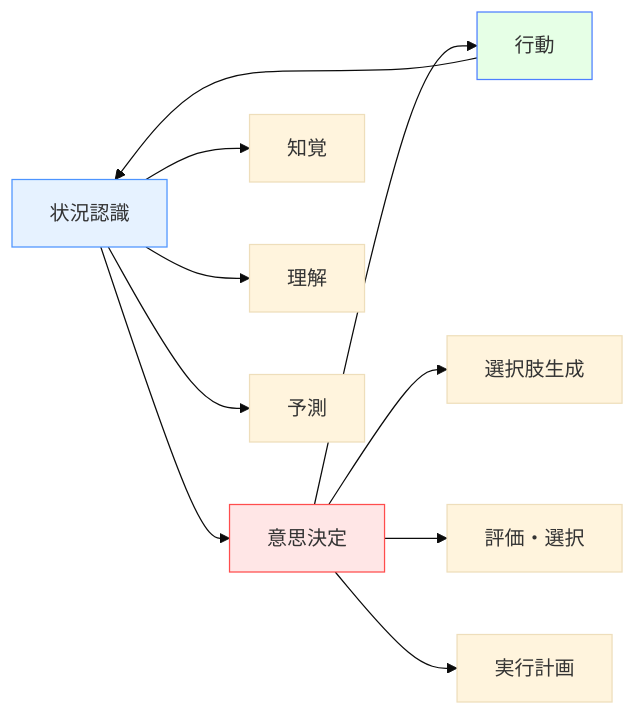
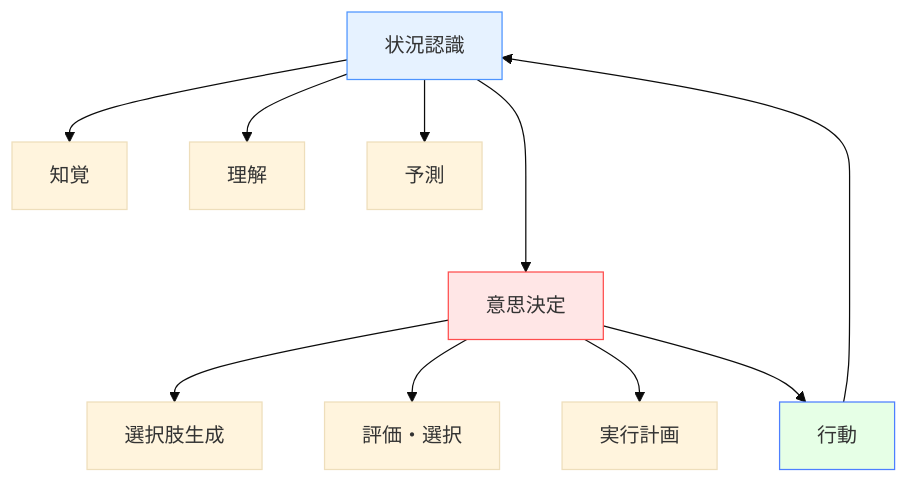
One commit to shuji-bonji/Situational-Awareness-and-Decision-Making changed the second of 2 diagrams in docs/applications/index.md. Above: the diagram before and after it, drawn with Mermaid (base theme). The commit also changed other lines of this file and 51 other files, not shown here.

````diff
--- a/docs/applications/index.md
+++ b/docs/applications/index.md
@@ -141,18 +144,18 @@
 ```mermaid
-graph LR
-    A[状況認識] --> B[意思決定]
-    B --> C[行動]
+graph TB
+    A[状況認識] ---> B[意思決定]
     C --> A
     
     A --> A1[知覚]
     A --> A2[理解]
     A --> A3[予測]
     
     B --> B1[選択肢生成]
     B --> B2[評価・選択]
     B --> B3[実行計画]
+    B --> C[行動]
     
     style A fill:#e6f2ff,stroke:#4d94ff
     style B fill:#ffe6e6,stroke:#ff4d4d
     style C fill:#e6ffe6,stroke:#4d7fff
 ```
````
